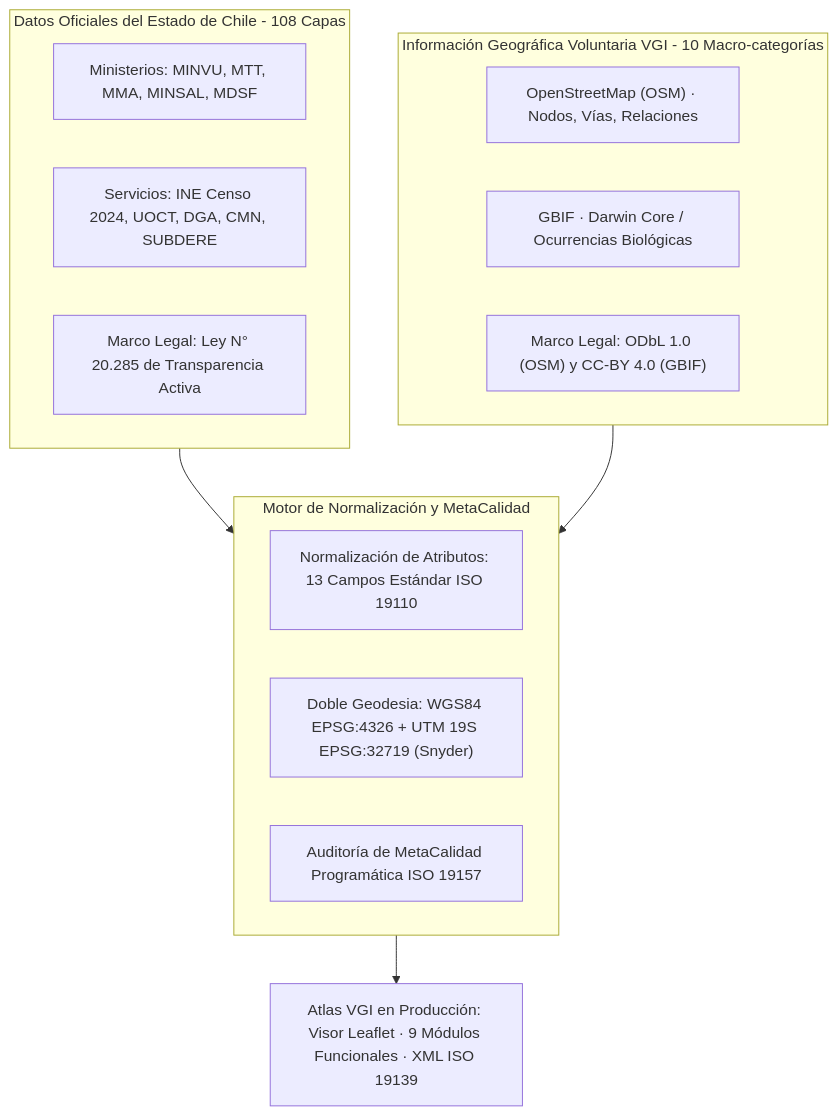
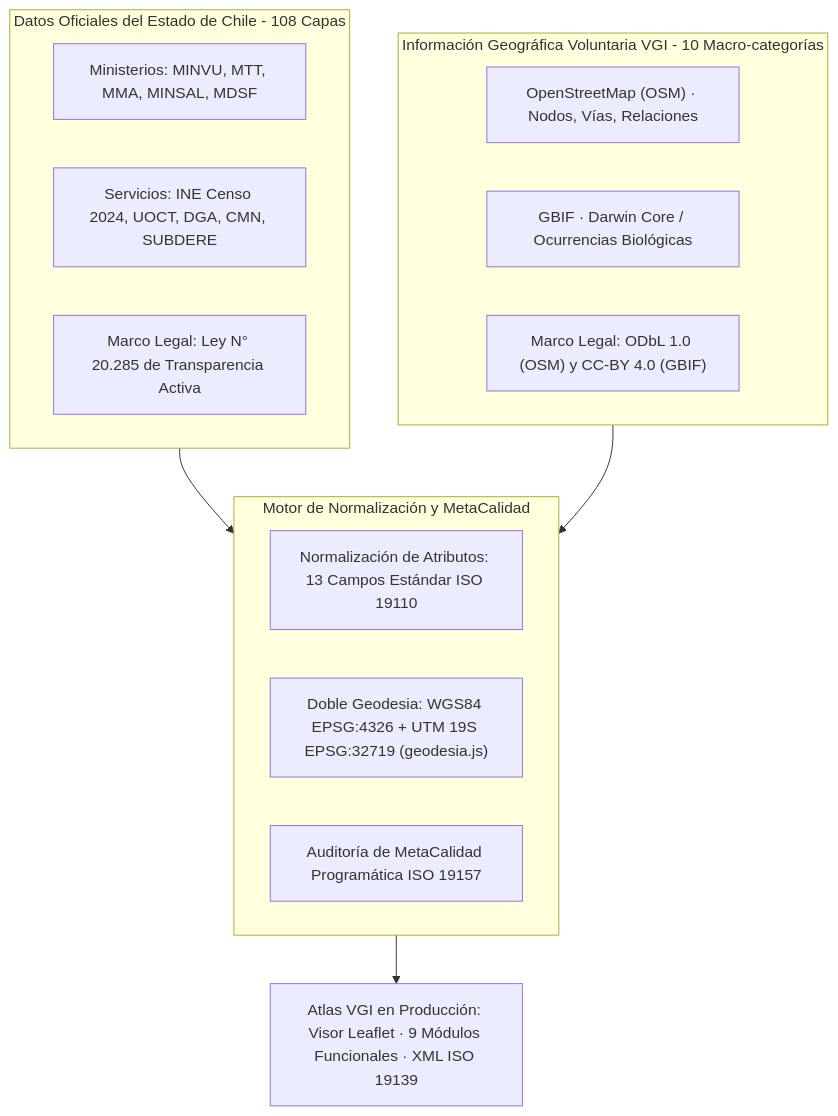
One commit to GEOJOTA/atlas_vgi_territorial changed the third of 4 diagrams in docs/ANALISIS_METACALIDAD.md. Above: the diagram before and after it, drawn with Mermaid. The commit also changed other lines of this file and 23 other files, not shown here.

````diff
--- a/docs/ANALISIS_METACALIDAD.md
+++ b/docs/ANALISIS_METACALIDAD.md
@@ -147,21 +147,21 @@
 ```mermaid
 flowchart TB
     subgraph FuentesOficiales [Datos Oficiales del Estado de Chile - 108 Capas]
         O1["Ministerios: MINVU, MTT, MMA, MINSAL, MDSF"]
         O2["Servicios: INE Censo 2024, UOCT, DGA, CMN, SUBDERE"]
         O3["Marco Legal: Ley N° 20.285 de Transparencia Activa"]
     end
     subgraph FuentesComunitarias [Información Geográfica Voluntaria VGI - 10 Macro-categorías]
         V1["OpenStreetMap (OSM) · Nodos, Vías, Relaciones"]
         V2["GBIF · Darwin Core / Ocurrencias Biológicas"]
         V3["Marco Legal: ODbL 1.0 (OSM) y CC-BY 4.0 (GBIF)"]
     end
     subgraph MotorNormalizacion [Motor de Normalización y MetaCalidad]
         N1["Normalización de Atributos: 13 Campos Estándar ISO 19110"]
-        N2["Doble Geodesia: WGS84 EPSG:4326 + UTM 19S EPSG:32719 (Snyder)"]
+        N2["Doble Geodesia: WGS84 EPSG:4326 + UTM 19S EPSG:32719 (geodesia.js)"]
         N3["Auditoría de MetaCalidad Programática ISO 19157"]
     end
     FuentesOficiales --> MotorNormalizacion
     FuentesComunitarias --> MotorNormalizacion
     MotorNormalizacion --> P["Atlas VGI en Producción: Visor Leaflet · 9 Módulos Funcionales · XML ISO 19139"]
 ```
````
